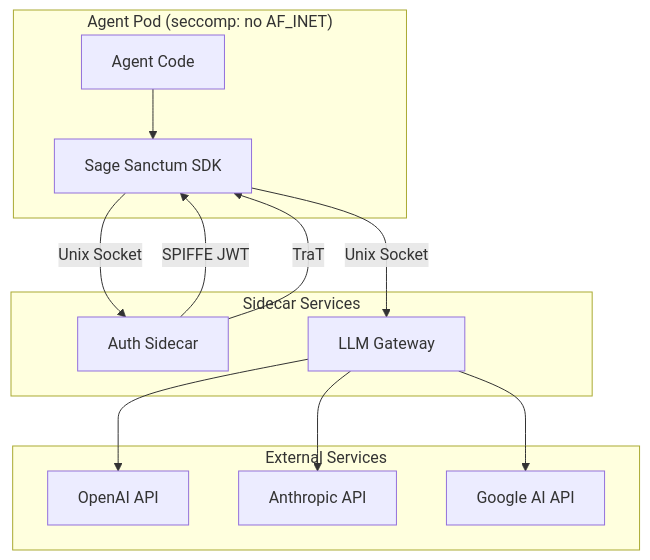
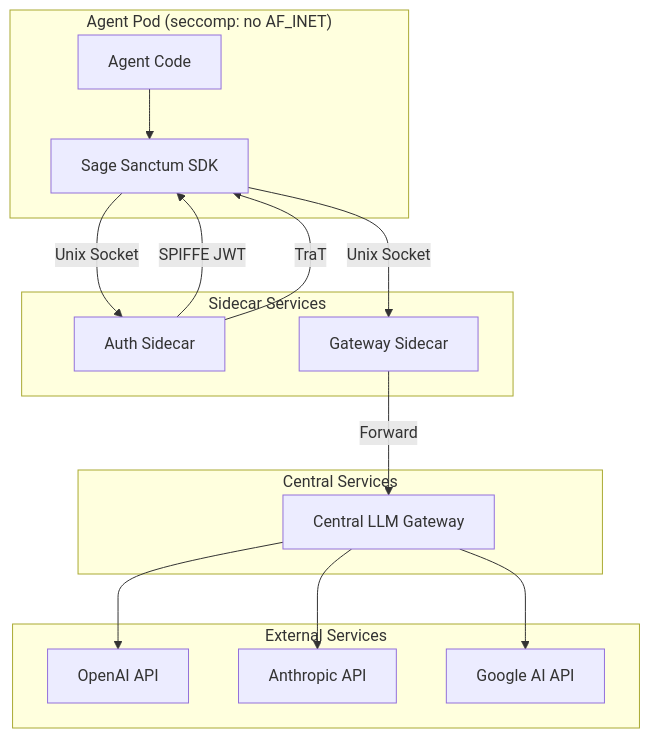
One commit to SapphireBeehiveStudios/sage-sanctum-sdk changed the first of 2 diagrams in docs/concepts/architecture.md. Above: the diagram before and after it, drawn with Mermaid. The commit also changed other lines of this file and 3 other files, not shown here.

First line of the commit message:
docs: update architecture to reflect bridge.py auth proxy and forwarder sidecar

````diff
--- a/docs/concepts/architecture.md
+++ b/docs/concepts/architecture.md
@@ -7,29 +7,35 @@
 ```mermaid
 graph TB
     subgraph "Agent Pod (seccomp: no AF_INET)"
         Agent[Agent Code]
         SDK[Sage Sanctum SDK]
         Agent --> SDK
     end
 
     subgraph "Sidecar Services"
         Auth[Auth Sidecar]
-        GW[LLM Gateway]
+        GW[Gateway Sidecar]
     end
 
     SDK -->|"Unix Socket"| Auth
     SDK -->|"Unix Socket"| GW
 
     Auth -->|"SPIFFE JWT"| SDK
     Auth -->|"TraT"| SDK
 
+    subgraph "Central Services"
+        CGW[Central LLM Gateway]
+    end
+
+    GW -->|"Forward"| CGW
+
     subgraph "External Services"
         OpenAI[OpenAI API]
         Anthropic[Anthropic API]
         Google[Google AI API]
     end
 
-    GW --> OpenAI
-    GW --> Anthropic
-    GW --> Google
+    CGW --> OpenAI
+    CGW --> Anthropic
+    CGW --> Google
 ```
````
